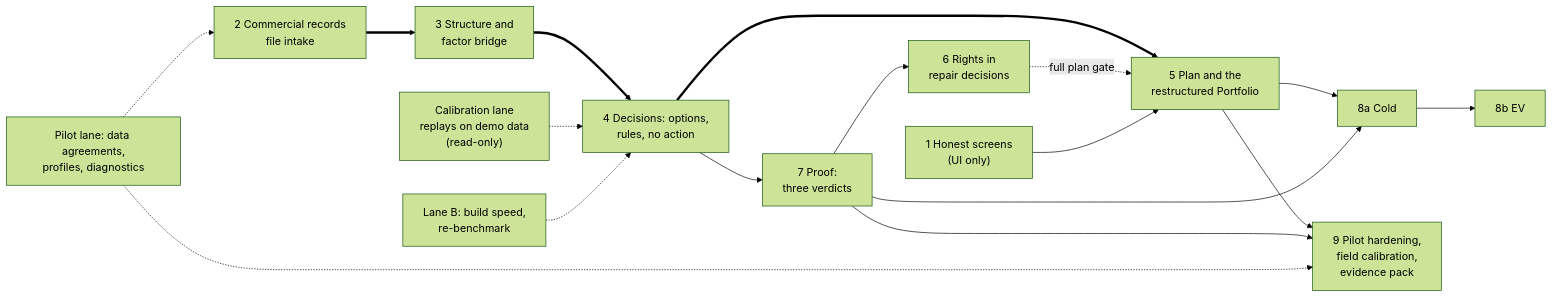
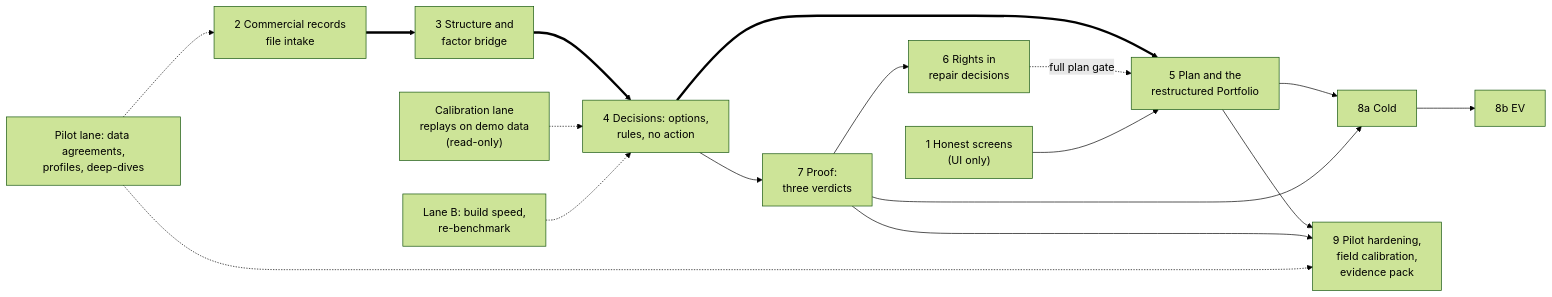
Before and after one commit to bineyame/AssetOpsV1: the fifth of 9 diagrams in Docs/demo-sprint/product-direction-layer4/product-transition-and-roadmap.md, drawn with Mermaid (forest theme). The commit also changed other lines of this file and 16 other files, not shown here.

First line of the commit message:
Layer 4 pack: owner's D1 engagement path (call, deep-dive, integration pack, pilot, SaaS); D13, D14 adopted; D15 pending

````diff
--- a/Docs/demo-sprint/product-direction-layer4/product-transition-and-roadmap.md
+++ b/Docs/demo-sprint/product-direction-layer4/product-transition-and-roadmap.md
@@ -263,29 +276,29 @@
 ```mermaid
 flowchart LR
   T0["Calibration lane<br/>replays on demo data<br/>(read-only)"]
   T1["1 Honest screens<br/>(UI only)"]
   T2["2 Commercial records<br/>file intake"]
   T3["3 Structure and<br/>factor bridge"]
   T4["4 Decisions: options,<br/>rules, no action"]
   T5["5 Plan and the<br/>restructured Portfolio"]
   T6["6 Rights in<br/>repair decisions"]
   T7["7 Proof:<br/>three verdicts"]
   T8a["8a Cold"]
   T8b["8b EV"]
   T9["9 Pilot hardening,<br/>field calibration,<br/>evidence pack"]
   LB["Lane B: build speed,<br/>re-benchmark"]
-  PL["Pilot lane: data agreements,<br/>profiles, diagnostics"]
+  PL["Pilot lane: data agreements,<br/>profiles, deep-dives"]
   T2 ==> T3 ==> T4 ==> T5
   T4 --> T7
   T7 --> T6
   T6 -. "full plan gate" .-> T5
   T1 --> T5
   T0 -.-> T4
   T5 --> T8a --> T8b
   T7 --> T8a
   T5 --> T9
   T7 --> T9
   LB -.-> T4
   PL -.-> T2
   PL -.-> T9
 ```
````
